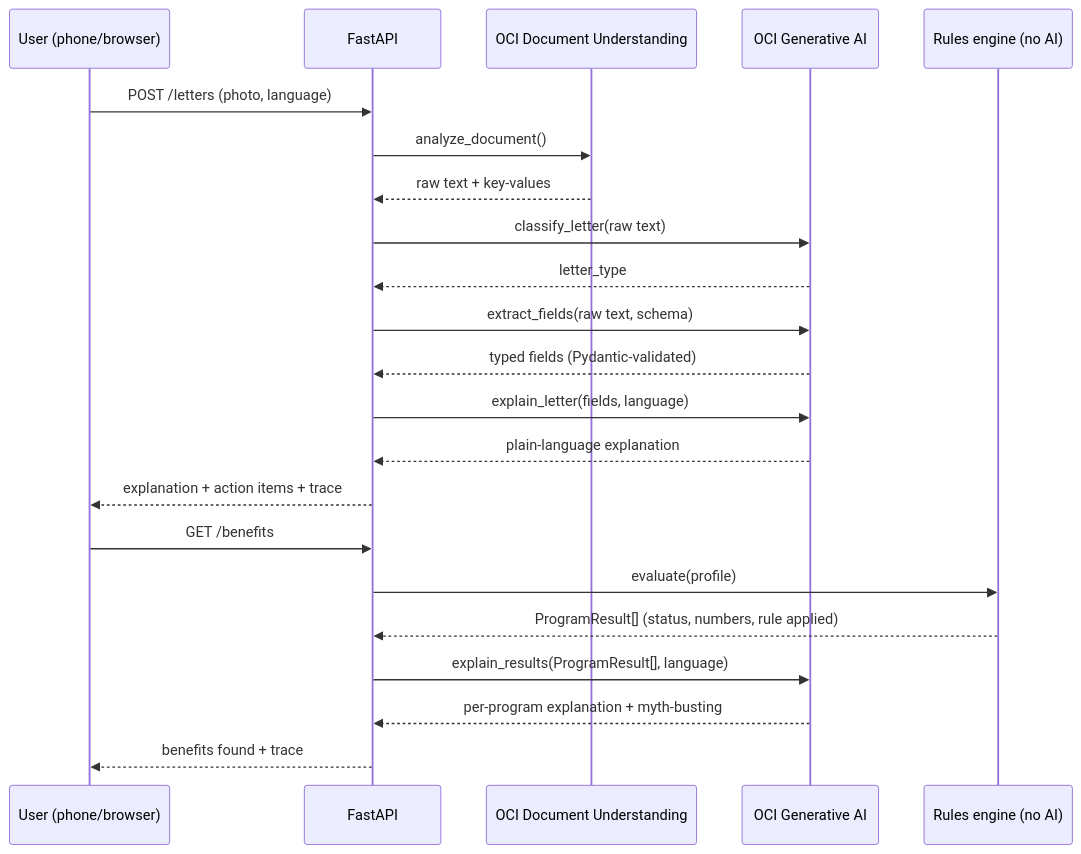
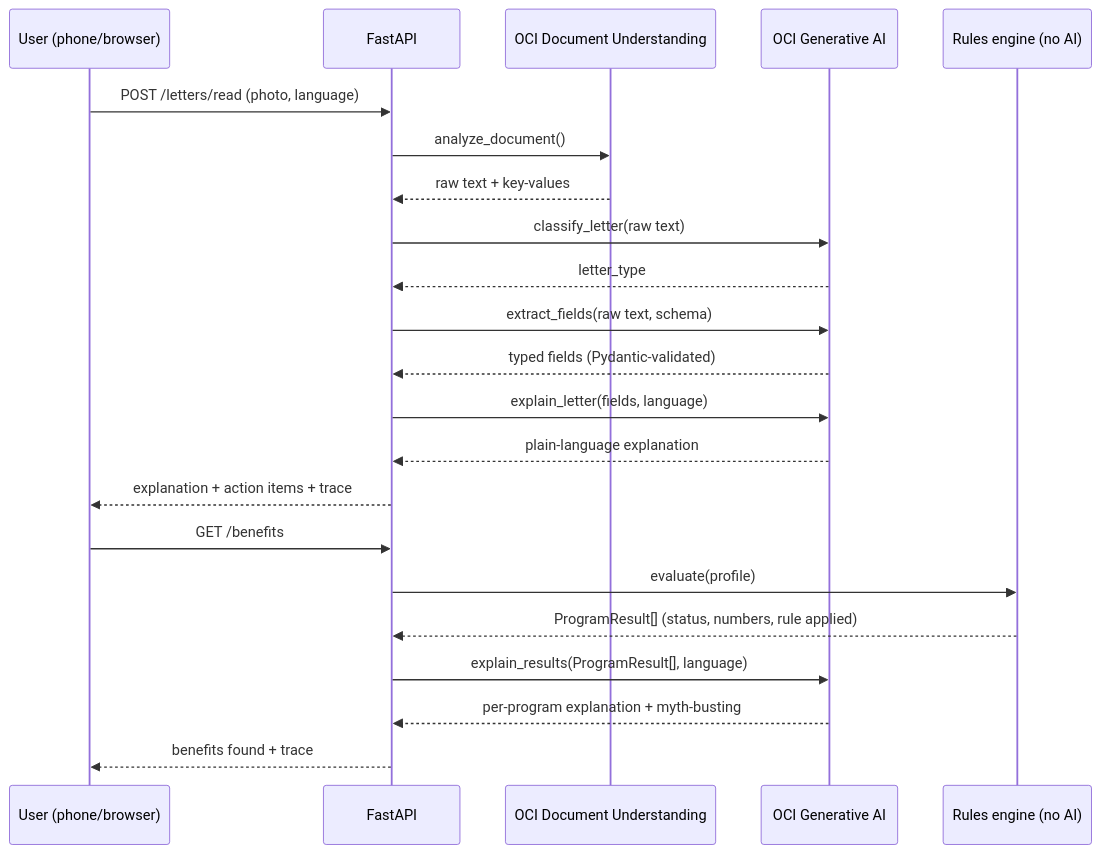
One commit to junwonseo0113/LetterLens changed the diagram in README.md. Above: the diagram before and after it, drawn with Mermaid. The commit also changed other lines of this file and 45 other files, not shown here.

````diff
--- a/README.md
+++ b/README.md
@@ -172,26 +178,26 @@
 ```mermaid
 sequenceDiagram
     participant U as User (phone/browser)
     participant API as FastAPI
     participant DOC as OCI Document Understanding
     participant AI as OCI Generative AI
     participant R as Rules engine (no AI)
 
-    U->>API: POST /letters (photo, language)
+    U->>API: POST /letters/read (photo, language)
     API->>DOC: analyze_document()
     DOC-->>API: raw text + key-values
     API->>AI: classify_letter(raw text)
     AI-->>API: letter_type
     API->>AI: extract_fields(raw text, schema)
     AI-->>API: typed fields (Pydantic-validated)
     API->>AI: explain_letter(fields, language)
     AI-->>API: plain-language explanation
     API-->>U: explanation + action items + trace
 
     U->>API: GET /benefits
     API->>R: evaluate(profile)
     R-->>API: ProgramResult[] (status, numbers, rule applied)
     API->>AI: explain_results(ProgramResult[], language)
     AI-->>API: per-program explanation + myth-busting
     API-->>U: benefits found + trace
 ```
````
